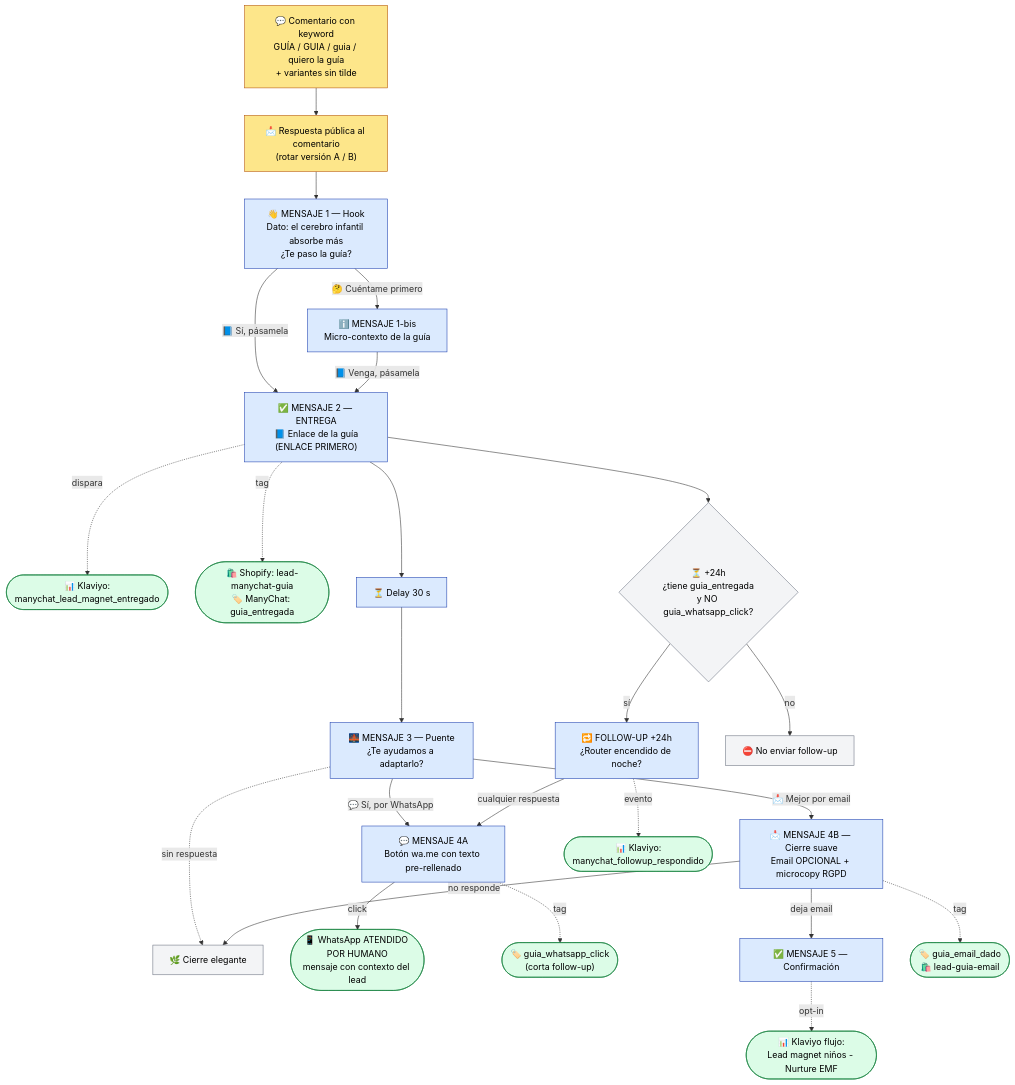
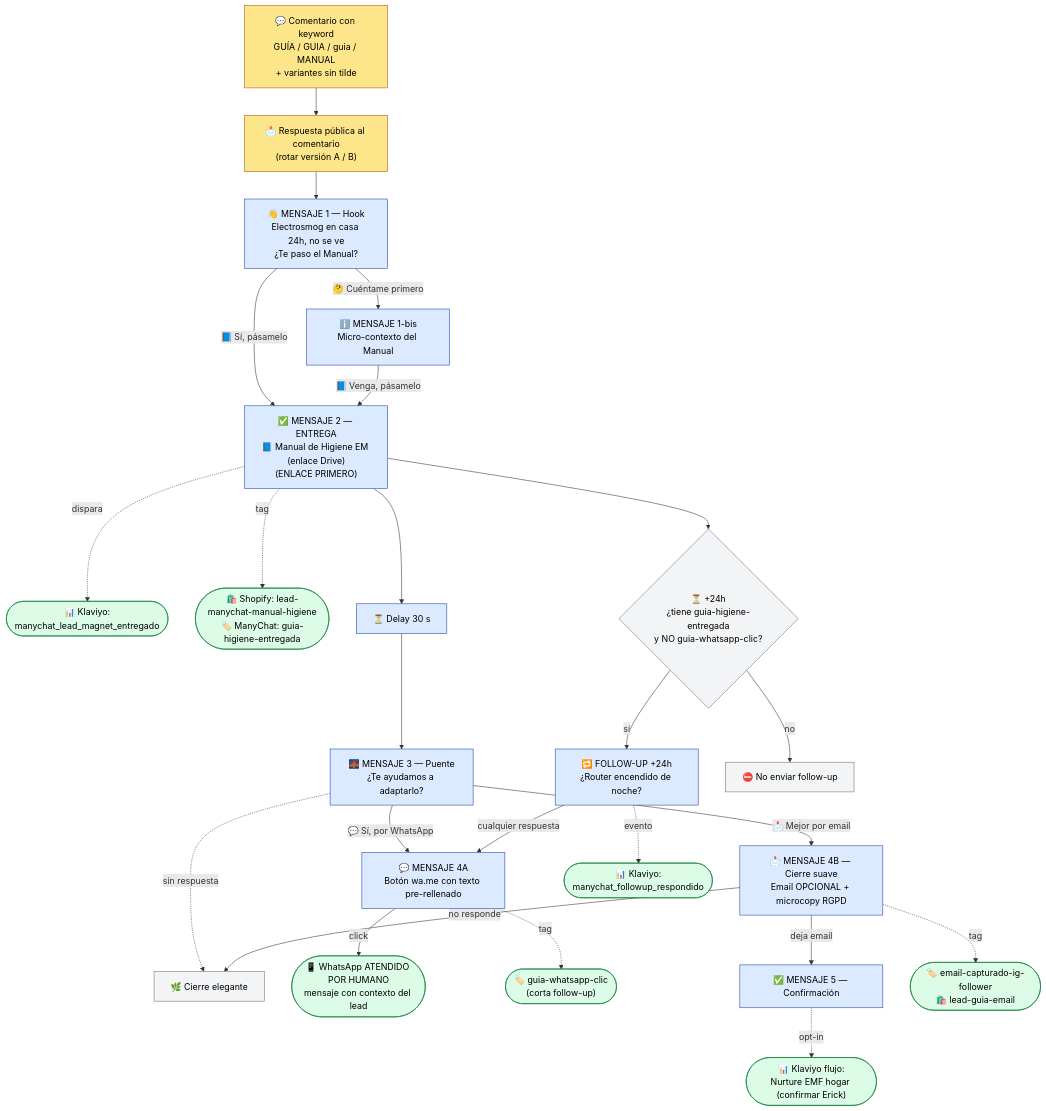
The diagram in flujos-manychat/diagrama-flujo-guia.mmd (javierekiosalud/Ekio-Claude), drawn with Mermaid before and after one commit. The commit also changed 2 other files, not shown here.

Commit message:
Fix: flujo GUÍA reenfocado a Manual de Higiene EM (hogar/adultos)
Corrige el lead magnet: NO es la guía de niños (flujo aparte ya existente)
sino el Manual de Higiene Electromagnética para hogar/adultos. Reescribe
hook, entrega, puente, follow-up y texto wa.me; alinea tags/custom fields
con la cuenta real (guia-higiene-entregada, etc.) y marca el flujo Klaviyo
destino para confirmar con Erick.

```diff
--- a/flujos-manychat/diagrama-flujo-guia.mmd
+++ b/flujos-manychat/diagrama-flujo-guia.mmd
@@ -1,53 +1,53 @@
 %% DIAGRAMA FLUJO MANYCHAT "GUÍA" — EKIO Electrosmog España
 %% Entregable 3 de 3 · Renderizar en cualquier visor Mermaid (flowchart TD)
 
 flowchart TD
     %% ── TRIGGER ──
-    A["💬 Comentario con keyword<br/>GUÍA / GUIA / guia / quiero la guía<br/>+ variantes sin tilde"] --> B["📩 Respuesta pública al comentario<br/>(rotar versión A / B)"]
-    B --> C["👋 MENSAJE 1 — Hook<br/>Dato: el cerebro infantil absorbe más<br/>¿Te paso la guía?"]
+    A["💬 Comentario con keyword<br/>GUÍA / GUIA / guia / MANUAL<br/>+ variantes sin tilde"] --> B["📩 Respuesta pública al comentario<br/>(rotar versión A / B)"]
+    B --> C["👋 MENSAJE 1 — Hook<br/>Electrosmog en casa 24h, no se ve<br/>¿Te paso el Manual?"]
 
     %% ── CONFIRMACIÓN ──
-    C -->|📘 Sí, pásamela| E
-    C -->|🤔 Cuéntame primero| D["ℹ️ MENSAJE 1-bis<br/>Micro-contexto de la guía"]
-    D -->|📘 Venga, pásamela| E
+    C -->|📘 Sí, pásamelo| E
+    C -->|🤔 Cuéntame primero| D["ℹ️ MENSAJE 1-bis<br/>Micro-contexto del Manual"]
+    D -->|📘 Venga, pásamelo| E
 
     %% ── ENTREGA ──
-    E["✅ MENSAJE 2 — ENTREGA<br/>📘 Enlace de la guía<br/>(ENLACE PRIMERO)"]
+    E["✅ MENSAJE 2 — ENTREGA<br/>📘 Manual de Higiene EM (enlace Drive)<br/>(ENLACE PRIMERO)"]
     E -.->|dispara| K1(["📊 Klaviyo:<br/>manychat_lead_magnet_entregado"])
-    E -.->|tag| S1(["🛍️ Shopify: lead-manychat-guia<br/>🏷️ ManyChat: guia_entregada"])
+    E -.->|tag| S1(["🛍️ Shopify: lead-manychat-manual-higiene<br/>🏷️ ManyChat: guia-higiene-entregada"])
 
     %% ── DELAY + PUENTE ──
     E --> W["⏳ Delay 30 s"]
     W --> F["🌉 MENSAJE 3 — Puente<br/>¿Te ayudamos a adaptarlo?"]
 
     %% ── RAMAS ──
     F -->|💬 Sí, por WhatsApp| G["💬 MENSAJE 4A<br/>Botón wa.me con texto pre-rellenado"]
     F -->|📩 Mejor por email| H["📩 MENSAJE 4B — Cierre suave<br/>Email OPCIONAL + microcopy RGPD"]
     F -.->|sin respuesta| Z["🌿 Cierre elegante"]
 
     %% ── WHATSAPP ──
     G -->|click| WA(["📱 WhatsApp ATENDIDO POR HUMANO<br/>mensaje con contexto del lead"])
-    G -.->|tag| S2(["🏷️ guia_whatsapp_click<br/>(corta follow-up)"])
+    G -.->|tag| S2(["🏷️ guia-whatsapp-clic<br/>(corta follow-up)"])
 
     %% ── EMAIL ──
     H -->|deja email| I["✅ MENSAJE 5 — Confirmación"]
     H -->|no responde| Z
-    I -.->|opt-in| K2(["📊 Klaviyo flujo:<br/>Lead magnet niños - Nurture EMF"])
-    H -.->|tag| S3(["🏷️ guia_email_dado<br/>🛍️ lead-guia-email"])
+    I -.->|opt-in| K2(["📊 Klaviyo flujo:<br/>Nurture EMF hogar (confirmar Erick)"])
+    H -.->|tag| S3(["🏷️ email-capturado-ig-follower<br/>🛍️ lead-guia-email"])
 
     %% ── FOLLOW-UP ──
-    E --> FU{"⏳ +24h<br/>¿tiene guia_entregada<br/>y NO guia_whatsapp_click?"}
+    E --> FU{"⏳ +24h<br/>¿tiene guia-higiene-entregada<br/>y NO guia-whatsapp-clic?"}
     FU -->|sí| FUP["🔁 FOLLOW-UP +24h<br/>¿Router encendido de noche?"]
     FU -->|no| X["⛔ No enviar follow-up"]
     FUP -->|cualquier respuesta| G
     FUP -.->|evento| K3(["📊 Klaviyo:<br/>manychat_followup_respondido"])
 
     %% ── ESTILOS ──
     classDef trigger fill:#fde68a,stroke:#b45309,color:#000;
     classDef msg fill:#dbeafe,stroke:#1e40af,color:#000;
     classDef integ fill:#dcfce7,stroke:#15803d,color:#000;
     classDef close fill:#f3f4f6,stroke:#6b7280,color:#000;
     class A,B trigger;
     class C,D,E,F,G,H,I,FUP,W msg;
     class K1,K2,K3,S1,S2,S3,WA integ;
     class Z,X,FU close;
```
